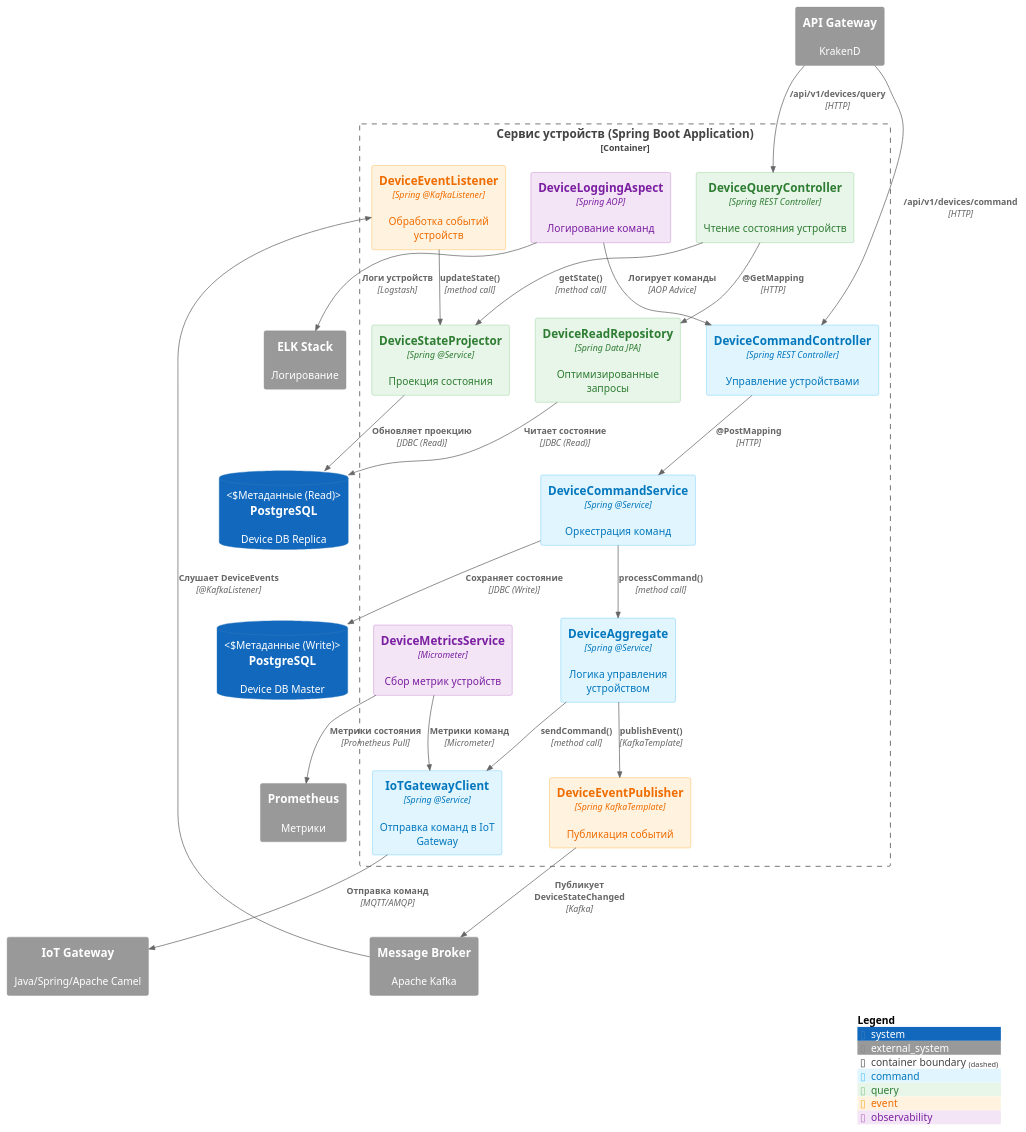
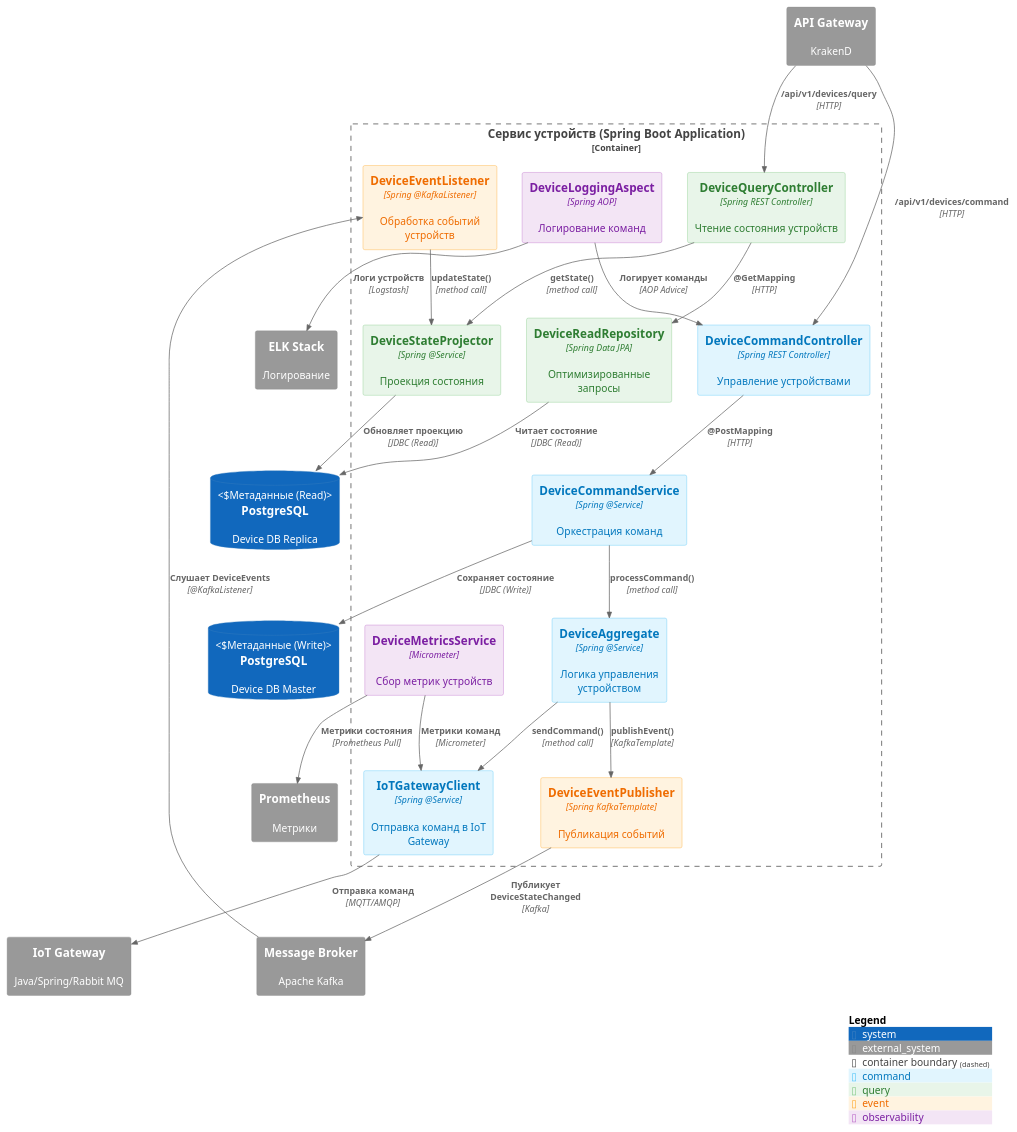
The diagram in c4-diagrams/component-diagrams/component-device-microservice.puml (NikitaRogozhyn777/architecture-sprint-3), drawn with PlantUML before and after one commit. The commit also changed 1 other file, not shown here.

Commit message:
4. Updated diagram for device-microservice

```diff
--- a/c4-diagrams/component-diagrams/component-device-microservice.puml
+++ b/c4-diagrams/component-diagrams/component-device-microservice.puml
@@ -1,75 +1,75 @@
 @startuml Device Service - Component Diagram
 !include https://raw.githubusercontent.com/plantuml-stdlib/C4-PlantUML/master/C4_Component.puml
 
 AddElementTag("command", $bgColor="#E1F5FE", $fontColor="#0277BD", $borderColor="#4FC3F7")
 AddElementTag("query", $bgColor="#E8F5E9", $fontColor="#2E7D32", $borderColor="#81C784")
 AddElementTag("event", $bgColor="#FFF3E0", $fontColor="#EF6C00", $borderColor="#FFA726")
 AddElementTag("observability", $bgColor="#F3E5F5", $fontColor="#7B1FA2", $borderColor="#BA68C8")
 
 Container_Boundary(device_service, "Сервис устройств (Spring Boot Application)") {
 
     ' --- Command Side ---
     Component(device_command_controller, "DeviceCommandController", "Spring REST Controller", "Управление устройствами", $tags="command")
     Component(device_aggregate, "DeviceAggregate", "Spring @Service", "Логика управления устройством", $tags="command")
     Component(device_command_service, "DeviceCommandService", "Spring @Service", "Оркестрация команд", $tags="command")
 
     ' --- Query Side ---
     Component(device_query_controller, "DeviceQueryController", "Spring REST Controller", "Чтение состояния устройств", $tags="query")
     Component(device_read_repository, "DeviceReadRepository", "Spring Data JPA", "Оптимизированные запросы", $tags="query")
     Component(state_projector, "DeviceStateProjector", "Spring @Service", "Проекция состояния", $tags="query")
 
     ' --- Event Processing ---
     Component(device_event_handler, "DeviceEventListener", "Spring @KafkaListener", "Обработка событий устройств", $tags="event")
     Component(device_event_publisher, "DeviceEventPublisher", "Spring KafkaTemplate", "Публикация событий", $tags="event")
 
     ' --- IoT Integration ---
     Component(iot_gateway_client, "IoTGatewayClient", "Spring @Service", "Отправка команд в IoT Gateway", $tags="command")
 
     ' --- Observability ---
     Component(device_logging_aspect, "DeviceLoggingAspect", "Spring AOP", "Логирование команд", $tags="observability")
     Component(device_metrics_service, "DeviceMetricsService", "Micrometer", "Сбор метрик устройств", $tags="observability")
 
     ' --- Internal Connections ---
     Rel(device_command_controller, device_command_service, "@PostMapping", "HTTP")
     Rel(device_command_service, device_aggregate, "processCommand()", "method call")
     Rel(device_aggregate, device_event_publisher, "publishEvent()", "KafkaTemplate")
     Rel(device_aggregate, iot_gateway_client, "sendCommand()", "method call")
     Rel(device_query_controller, device_read_repository, "@GetMapping", "HTTP")
     Rel(device_query_controller, state_projector, "getState()", "method call")
     Rel(device_event_handler, state_projector, "updateState()", "method call")
     Rel(device_logging_aspect, device_command_controller, "Логирует команды", "AOP Advice")
     Rel(device_metrics_service, iot_gateway_client, "Метрики команд", "Micrometer")
 }
 
 ' --------- External Systems ---------
 System_Ext(api_gw, "API Gateway", "KrakenD")
 SystemDb(device_db_master, "PostgreSQL", "Device DB Master", "Метаданные (Write)")
 SystemDb(device_db_replica, "PostgreSQL", "Device DB Replica", "Метаданные (Read)")
 System_Ext(kafka, "Message Broker", "Apache Kafka")
-System_Ext(iot_gw, "IoT Gateway", "Java/Spring/Apache Camel")
+System_Ext(iot_gw, "IoT Gateway", "Java/Spring/Rabbit MQ")
 System_Ext(elk, "ELK Stack", "Логирование")
 System_Ext(prometheus, "Prometheus", "Метрики")
 
 ' --- Database Connections ---
 Rel(device_command_service, device_db_master, "Сохраняет состояние", "JDBC (Write)")
 Rel(device_read_repository, device_db_replica, "Читает состояние", "JDBC (Read)")
 Rel(state_projector, device_db_replica, "Обновляет проекцию", "JDBC (Read)")
 
 ' --- Event Bus ---
 Rel(device_event_publisher, kafka, "Публикует DeviceStateChanged", "Kafka")
 Rel(kafka, device_event_handler, "Слушает DeviceEvents", "@KafkaListener")
 
 ' --- IoT Integration ---
 Rel(iot_gateway_client, iot_gw, "Отправка команд", "MQTT/AMQP")
 
 ' --- Observability ---
 Rel(device_logging_aspect, elk, "Логи устройств", "Logstash")
 Rel(device_metrics_service, prometheus, "Метрики состояния", "Prometheus Pull")
 
 ' --- API Connections ---
 Rel(api_gw, device_command_controller, "/api/v1/devices/command", "HTTP")
 Rel(api_gw, device_query_controller, "/api/v1/devices/query", "HTTP")
 
 SHOW_LEGEND()
 
 @enduml
```
